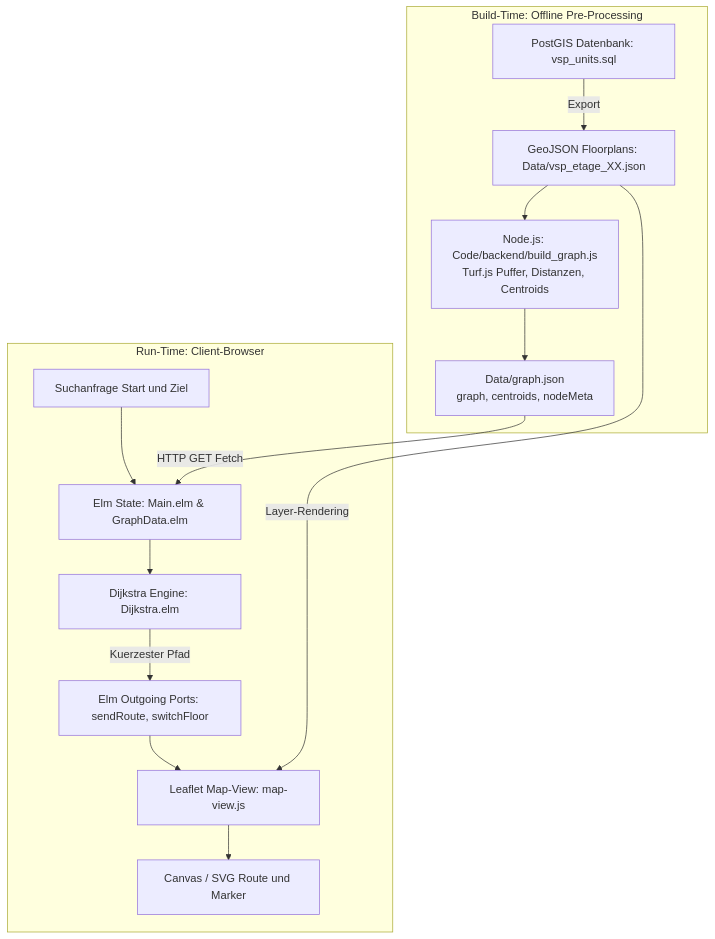
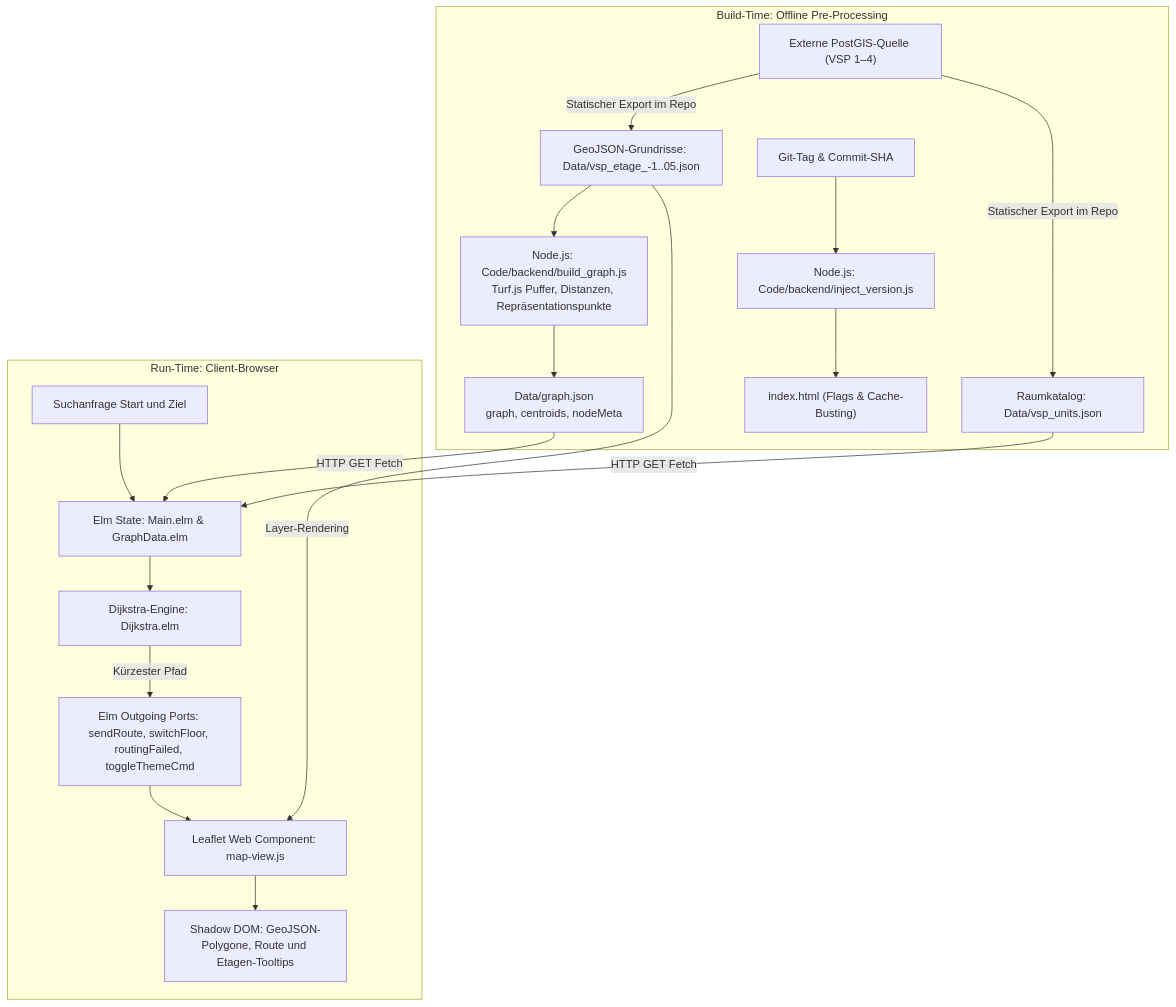
One commit to Der-Mehlmann/KrokenKompass changed the diagram in docs/🏗️-Architektur-&-Technologien.md. Above: the diagram before and after it, drawn with Mermaid. The commit also changed other lines of this file and 9 other files, not shown here.

````diff
--- a/docs/🏗️-Architektur-&-Technologien.md
+++ b/docs/🏗️-Architektur-&-Technologien.md
@@ -7,18 +7,22 @@
 ```mermaid
 flowchart TD
     subgraph Offline ["Build-Time: Offline Pre-Processing"]
-        SQL["PostGIS Datenbank: vsp_units.sql"] -->|Export| GeoJSON["GeoJSON Floorplans: Data/vsp_etage_XX.json"]
-        GeoJSON --> Script["Node.js: Code/backend/build_graph.js<br/>Turf.js Puffer, Distanzen, Centroids"]
+        PostGIS["Externe PostGIS-Quelle (VSP 1–4)"] -->|Statischer Export im Repo| GeoJSON["GeoJSON-Grundrisse: Data/vsp_etage_-1..05.json"]
+        PostGIS -->|Statischer Export im Repo| UnitsJSON["Raumkatalog: Data/vsp_units.json"]
+        GeoJSON --> Script["Node.js: Code/backend/build_graph.js<br/>Turf.js Puffer, Distanzen, Repräsentationspunkte"]
         Script --> GraphData["Data/graph.json<br/>graph, centroids, nodeMeta"]
+        GitMeta["Git-Tag & Commit-SHA"] --> InjectVer["Node.js: Code/backend/inject_version.js"]
+        InjectVer --> IndexHTML["index.html (Flags & Cache-Busting)"]
     end
 
     subgraph Client ["Run-Time: Client-Browser"]
         GraphData -->|HTTP GET Fetch| ElmModel["Elm State: Main.elm & GraphData.elm"]
+        UnitsJSON -->|HTTP GET Fetch| ElmModel
         UserInput["Suchanfrage Start und Ziel"] --> ElmModel
-        ElmModel --> DijkstraEngine["Dijkstra Engine: Dijkstra.elm"]
-        DijkstraEngine -->|Kuerzester Pfad| PortBridge["Elm Outgoing Ports: sendRoute, switchFloor"]
-        PortBridge --> JSMap["Leaflet Map-View: map-view.js"]
+        ElmModel --> DijkstraEngine["Dijkstra-Engine: Dijkstra.elm"]
+        DijkstraEngine -->|Kürzester Pfad| PortBridge["Elm Outgoing Ports: sendRoute, switchFloor, routingFailed, toggleThemeCmd"]
+        PortBridge --> JSMap["Leaflet Web Component: map-view.js"]
         GeoJSON -->|Layer-Rendering| JSMap
-        JSMap --> Display["Canvas / SVG Route und Marker"]
+        JSMap --> Display["Shadow DOM: GeoJSON-Polygone, Route und Etagen-Tooltips"]
     end
 ```
````
